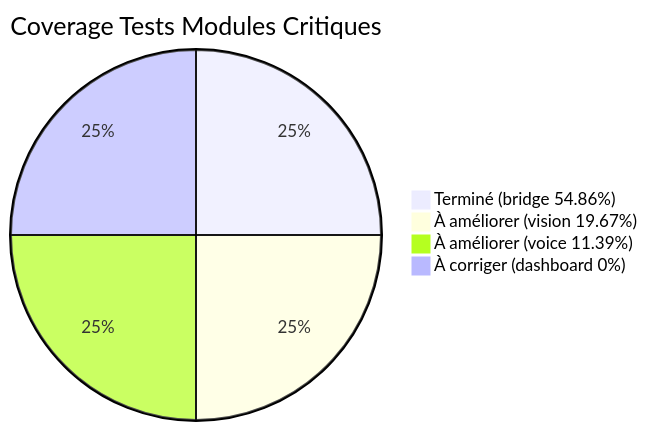
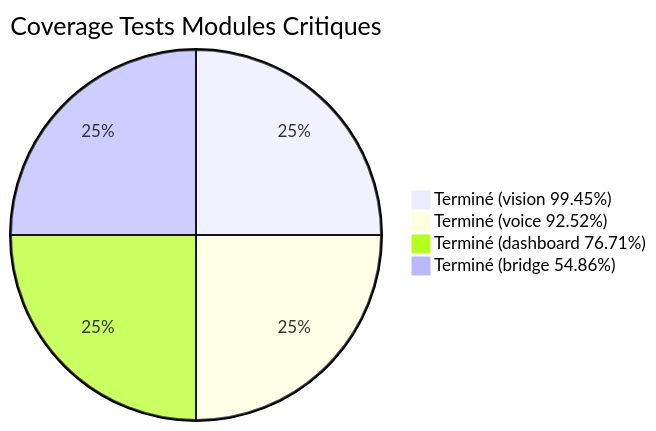
The second of 3 diagrams in docs/TACHES_A_FAIRE_CONSOLIDEES.md (arkalia-luna-system/bbia-sim), drawn with Mermaid before and after one commit. The commit also changed other lines of this file and 5 other files, not shown here.

````diff
--- a/docs/TACHES_A_FAIRE_CONSOLIDEES.md
+++ b/docs/TACHES_A_FAIRE_CONSOLIDEES.md
@@ -74,7 +74,7 @@
 ```mermaid
 pie title Coverage Tests Modules Critiques
+    "Terminé (vision 99.45%)" : 1
+    "Terminé (voice 92.52%)" : 1
+    "Terminé (dashboard 76.71%)" : 1
     "Terminé (bridge 54.86%)" : 1
-    "À améliorer (vision 19.67%)" : 1
-    "À améliorer (voice 11.39%)" : 1
-    "À corriger (dashboard 0%)" : 1
 ```
````
